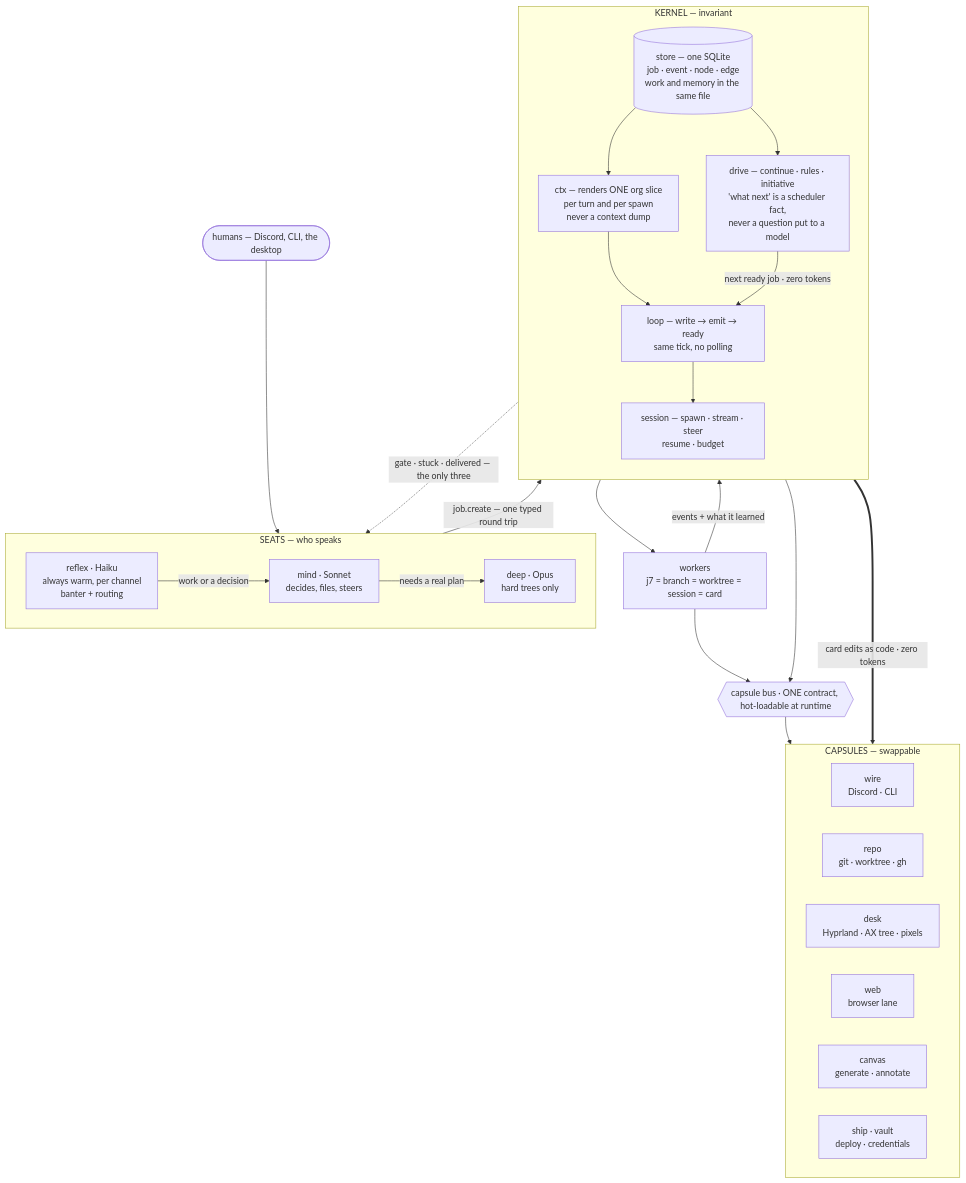
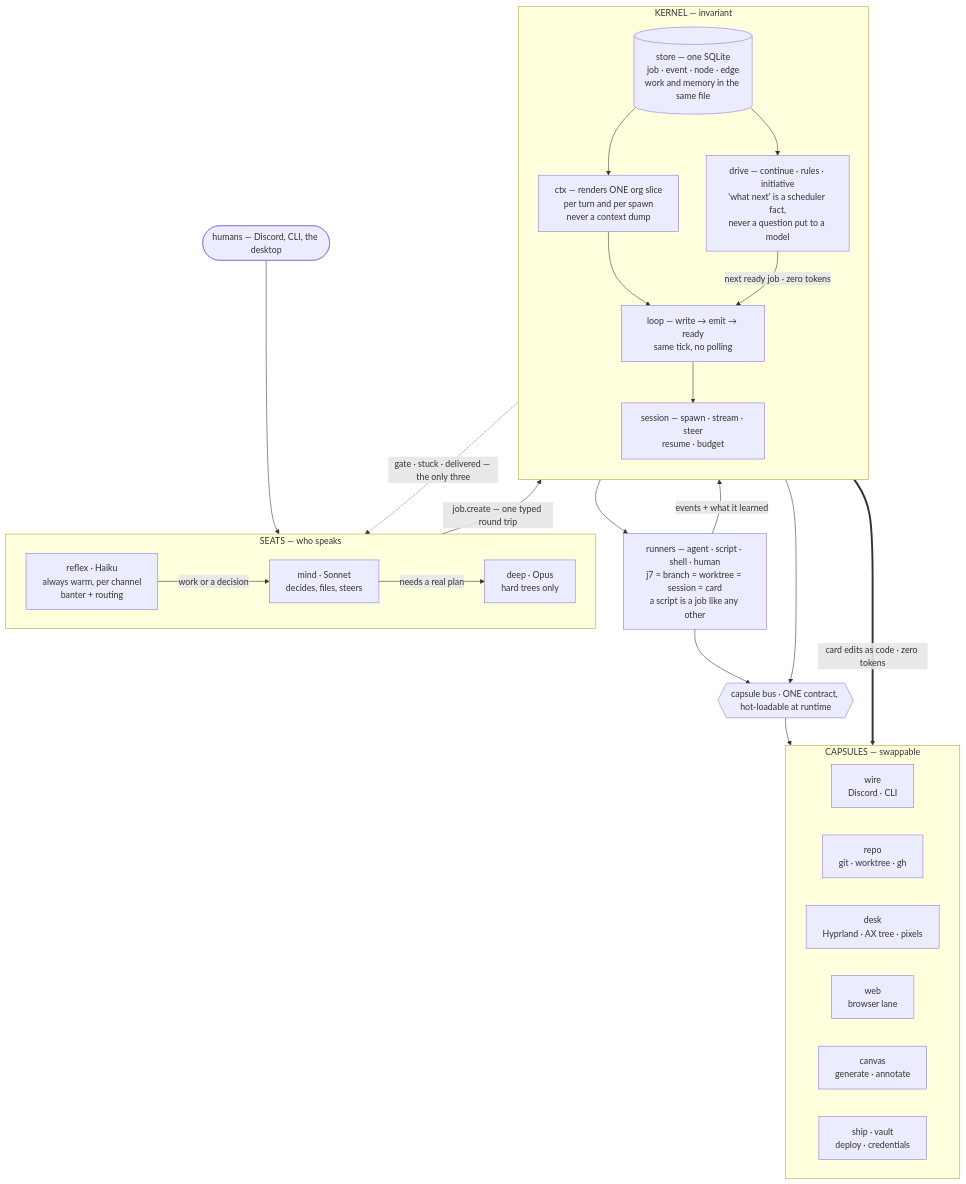
The diagram in diagrams/beckett-kernel.mmd (0xbeckett/beckett), drawn with Mermaid before and after one commit. The commit also changed 7 other files, not shown here.

Commit message:
add script lifecycle diagram; script runner in kernel

```diff
--- a/diagrams/beckett-kernel.mmd
+++ b/diagrams/beckett-kernel.mmd
@@ -1,48 +1,48 @@
 graph TD
   H(["humans — Discord, CLI, the desktop"])
 
   subgraph SEATS["SEATS — who speaks"]
     direction LR
     R["reflex · Haiku<br/>always warm, per channel<br/>banter + routing"]
     M["mind · Sonnet<br/>decides, files, steers"]
     D["deep · Opus<br/>hard trees only"]
     R -->|"work or a decision"| M
     M -->|"needs a real plan"| D
   end
 
   subgraph KERNEL["KERNEL — invariant"]
     direction TB
     ST[("store — one SQLite<br/>job · event · node · edge<br/>work and memory in the same file")]
     CX["ctx — renders ONE org slice<br/>per turn and per spawn<br/>never a context dump"]
     LP["loop — write → emit → ready<br/>same tick, no polling"]
     DRV["drive — continue · rules · initiative<br/>'what next' is a scheduler fact,<br/>never a question put to a model"]
     SN["session — spawn · stream · steer<br/>resume · budget"]
     ST --> CX
     ST --> DRV
     CX --> LP
     DRV -->|"next ready job · zero tokens"| LP
     LP --> SN
   end
 
-  W["workers<br/>j7 = branch = worktree = session = card"]
+  W["runners — agent · script · shell · human<br/>j7 = branch = worktree = session = card<br/>a script is a job like any other"]
   BUS{{"capsule bus · ONE contract, hot-loadable at runtime"}}
 
   subgraph CAP["CAPSULES — swappable"]
     direction LR
     C1["wire<br/>Discord · CLI"]
     C2["repo<br/>git · worktree · gh"]
     C3["desk<br/>Hyprland · AX tree · pixels"]
     C4["web<br/>browser lane"]
     C5["canvas<br/>generate · annotate"]
     C6["ship · vault<br/>deploy · credentials"]
   end
 
   H --> SEATS
   SEATS -->|"job.create — one typed round trip"| KERNEL
   SN --> W
   W -->|"events + what it learned"| ST
   DRV -.->|"gate · stuck · delivered — the only three"| M
   ST ==>|"card edits as code · zero tokens"| C1
   W --> BUS
   SN --> BUS
   BUS --> CAP
```
